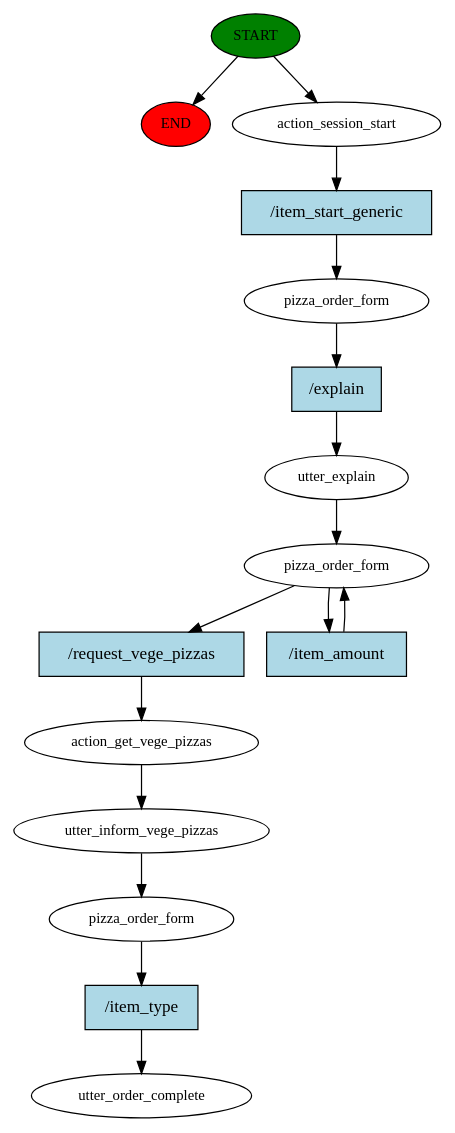
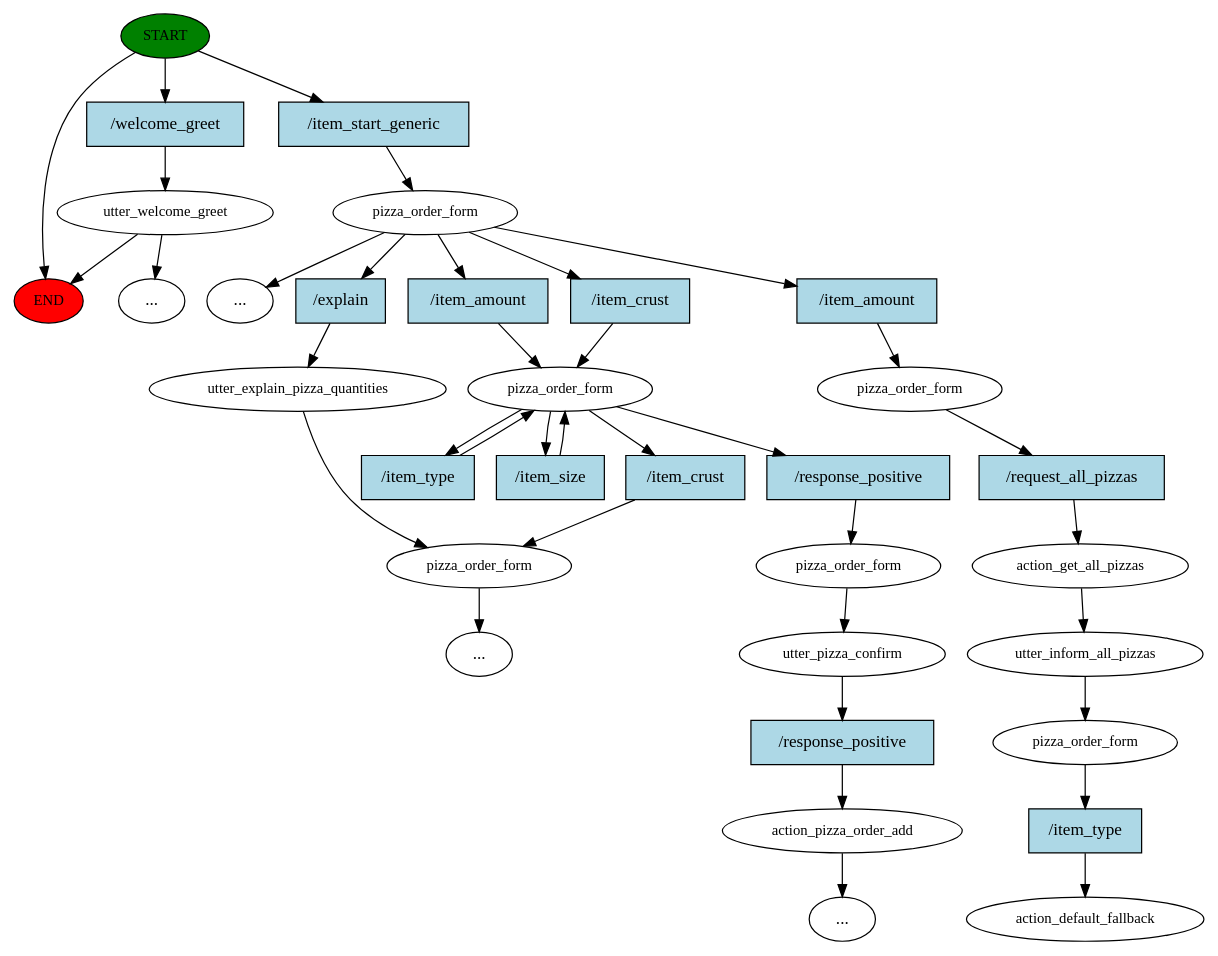
One commit to pasterzewa/HMD-PizzaBot-project changed the diagram in story_graph.dot. Above: the diagram before and after it, drawn with Graphviz. The commit also changed 61 other files, not shown here.

```diff
--- a/story_graph.dot
+++ b/story_graph.dot
@@ -1,32 +1,70 @@
 digraph  {
 0 [class="start active", fillcolor=green, fontsize=12, label=START, style=filled];
 "-1" [class=end, fillcolor=red, fontsize=12, label=END, style=filled];
-1 [class=active, fontsize=12, label=action_session_start];
+1 [class="", fontsize=12, label=utter_welcome_greet];
 2 [class=active, fontsize=12, label=pizza_order_form];
-3 [class=active, fontsize=12, label=utter_explain];
-4 [class=active, fontsize=12, label=pizza_order_form];
-6 [class=active, fontsize=12, label=action_get_vege_pizzas];
-7 [class=active, fontsize=12, label=utter_inform_vege_pizzas];
-8 [class=active, fontsize=12, label=pizza_order_form];
-9 [class="dashed active", fontsize=12, label=utter_order_complete];
-10 [class="intent active", fillcolor=lightblue, label="/item_start_generic", shape=rect, style=filled];
-11 [class="intent active", fillcolor=lightblue, label="/explain", shape=rect, style=filled];
-12 [class="intent active", fillcolor=lightblue, label="/request_vege_pizzas", shape=rect, style=filled];
-13 [class="intent active", fillcolor=lightblue, label="/item_amount", shape=rect, style=filled];
-14 [class="intent active", fillcolor=lightblue, label="/item_type", shape=rect, style=filled];
+3 [class="", fontsize=12, label=utter_explain_pizza_quantities];
+4 [class="", fontsize=12, label=pizza_order_form];
+"-5" [class=ellipsis, label="..."];
+"-25" [class=ellipsis, label="..."];
+36 [class="", fontsize=12, label=pizza_order_form];
+42 [class="", fontsize=12, label=pizza_order_form];
+43 [class="", fontsize=12, label=utter_pizza_confirm];
+44 [class="", fontsize=12, label=action_pizza_order_add];
+"-28" [class=ellipsis, label="..."];
+"-30" [class=ellipsis, label="..."];
+57 [class=active, fontsize=12, label=pizza_order_form];
+58 [class=active, fontsize=12, label=action_get_all_pizzas];
+59 [class=active, fontsize=12, label=utter_inform_all_pizzas];
+60 [class=active, fontsize=12, label=pizza_order_form];
+61 [class="dashed active", fontsize=12, label=action_default_fallback];
+62 [class=intent, fillcolor=lightblue, label="/welcome_greet", shape=rect, style=filled];
+63 [class="intent active", fillcolor=lightblue, label="/item_start_generic", shape=rect, style=filled];
+64 [class=intent, fillcolor=lightblue, label="/explain", shape=rect, style=filled];
+65 [class=intent, fillcolor=lightblue, label="/item_amount", shape=rect, style=filled];
+66 [class=intent, fillcolor=lightblue, label="/item_crust", shape=rect, style=filled];
+67 [class="intent active", fillcolor=lightblue, label="/item_amount", shape=rect, style=filled];
+68 [class=intent, fillcolor=lightblue, label="/item_type", shape=rect, style=filled];
+69 [class=intent, fillcolor=lightblue, label="/item_size", shape=rect, style=filled];
+70 [class=intent, fillcolor=lightblue, label="/item_crust", shape=rect, style=filled];
+71 [class=intent, fillcolor=lightblue, label="/response_positive", shape=rect, style=filled];
+72 [class=intent, fillcolor=lightblue, label="/response_positive", shape=rect, style=filled];
+73 [class="intent active", fillcolor=lightblue, label="/request_all_pizzas", shape=rect, style=filled];
+74 [class="intent active", fillcolor=lightblue, label="/item_type", shape=rect, style=filled];
 0 -> "-1"  [class="", key=NONE, label=""];
-0 -> 1  [class=active, key=NONE, label=""];
-1 -> 10  [class=active, key=0];
-2 -> 11  [class=active, key=0];
-3 -> 4  [class=active, key=NONE, label=""];
-4 -> 12  [class=active, key=0];
-4 -> 13  [class=active, key=0];
-6 -> 7  [class=active, key=NONE, label=""];
-7 -> 8  [class=active, key=NONE, label=""];
-8 -> 14  [class=active, key=0];
-10 -> 2  [class=active, key=0];
-11 -> 3  [class=active, key=0];
-12 -> 6  [class=active, key=0];
-13 -> 4  [class=active, key=0];
-14 -> 9  [class=active, key=0];
+0 -> 62  [class="", key=0];
+0 -> 63  [class=active, key=0];
+1 -> "-1"  [class="", key=NONE, label=""];
+1 -> "-25"  [class="", key=NONE, label=""];
+2 -> "-5"  [class="", key=NONE, label=""];
+2 -> 64  [class="", key=0];
+2 -> 65  [class="", key=0];
+2 -> 66  [class="", key=0];
+2 -> 67  [class=active, key=0];
+3 -> 4  [class="", key=NONE, label=""];
+4 -> "-30"  [class="", key=NONE, label=""];
+36 -> 68  [class="", key=0];
+36 -> 69  [class="", key=0];
+36 -> 70  [class="", key=0];
+36 -> 71  [class="", key=0];
+42 -> 43  [class="", key=NONE, label=""];
+43 -> 72  [class="", key=0];
+44 -> "-28"  [class="", key=NONE, label=""];
+57 -> 73  [class=active, key=0];
+58 -> 59  [class=active, key=NONE, label=""];
+59 -> 60  [class=active, key=NONE, label=""];
+60 -> 74  [class=active, key=0];
+62 -> 1  [class="", key=0];
+63 -> 2  [class=active, key=0];
+64 -> 3  [class="", key=0];
+65 -> 36  [class="", key=0];
+66 -> 36  [class="", key=0];
+67 -> 57  [class=active, key=0];
+68 -> 36  [class="", key=0];
+69 -> 36  [class="", key=0];
+70 -> 4  [class="", key=0];
+71 -> 42  [class="", key=0];
+72 -> 44  [class="", key=0];
+73 -> 58  [class=active, key=0];
+74 -> 61  [class=active, key=0];
 }
```
